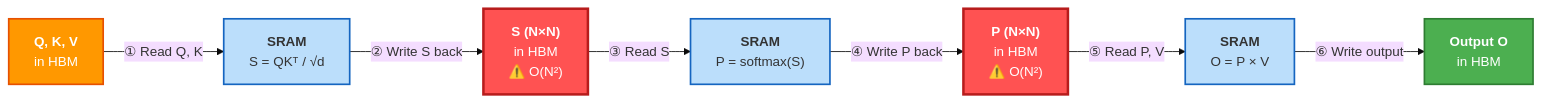
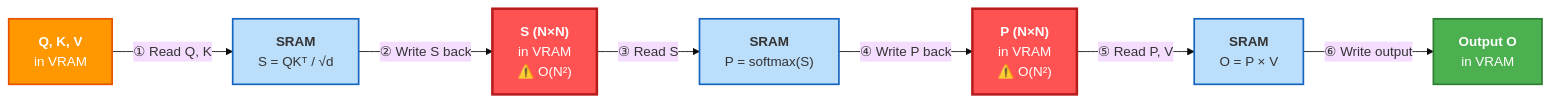
Before and after one commit to tmnestor/LMM_POC: the second of 6 diagrams in docs/standard_vs_flash_attention.md, drawn with Mermaid (base theme). The commit also changed other lines of this file, not shown here.

Commit message:
🐛 fix: replace HBM with VRAM (GDDR6X) for A10G accuracy in attention diagrams

````diff
--- a/docs/standard_vs_flash_attention.md
+++ b/docs/standard_vs_flash_attention.md
@@ -34,18 +34,18 @@
 ```mermaid
 flowchart LR
-    QKV["<b>Q, K, V</b><br/>in HBM"]
+    QKV["<b>Q, K, V</b><br/>in VRAM"]
     QKV -->|"① Read Q, K"| C1["<b>SRAM</b><br/>S = QKᵀ / √d"]
-    C1 -->|"② Write S back"| S_HBM["<b>S (N×N)</b><br/>in HBM<br/>⚠️ O(N²)"]
-    S_HBM -->|"③ Read S"| C2["<b>SRAM</b><br/>P = softmax(S)"]
-    C2 -->|"④ Write P back"| P_HBM["<b>P (N×N)</b><br/>in HBM<br/>⚠️ O(N²)"]
-    P_HBM -->|"⑤ Read P, V"| C3["<b>SRAM</b><br/>O = P × V"]
-    C3 -->|"⑥ Write output"| Output["<b>Output O</b><br/>in HBM"]
+    C1 -->|"② Write S back"| S_VRAM["<b>S (N×N)</b><br/>in VRAM<br/>⚠️ O(N²)"]
+    S_VRAM -->|"③ Read S"| C2["<b>SRAM</b><br/>P = softmax(S)"]
+    C2 -->|"④ Write P back"| P_VRAM["<b>P (N×N)</b><br/>in VRAM<br/>⚠️ O(N²)"]
+    P_VRAM -->|"⑤ Read P, V"| C3["<b>SRAM</b><br/>O = P × V"]
+    C3 -->|"⑥ Write output"| Output["<b>Output O</b><br/>in VRAM"]
 
-    style S_HBM fill:#FF5252,color:#fff,stroke:#B71C1C,stroke-width:3px
-    style P_HBM fill:#FF5252,color:#fff,stroke:#B71C1C,stroke-width:3px
+    style S_VRAM fill:#FF5252,color:#fff,stroke:#B71C1C,stroke-width:3px
+    style P_VRAM fill:#FF5252,color:#fff,stroke:#B71C1C,stroke-width:3px
     style QKV fill:#FF9800,color:#fff,stroke:#E65100,stroke-width:2px
     style Output fill:#4CAF50,color:#fff,stroke:#2E7D32,stroke-width:2px
     style C1 fill:#BBDEFB,stroke:#1565C0,stroke-width:2px
     style C2 fill:#BBDEFB,stroke:#1565C0,stroke-width:2px
     style C3 fill:#BBDEFB,stroke:#1565C0,stroke-width:2px
 ```
````
